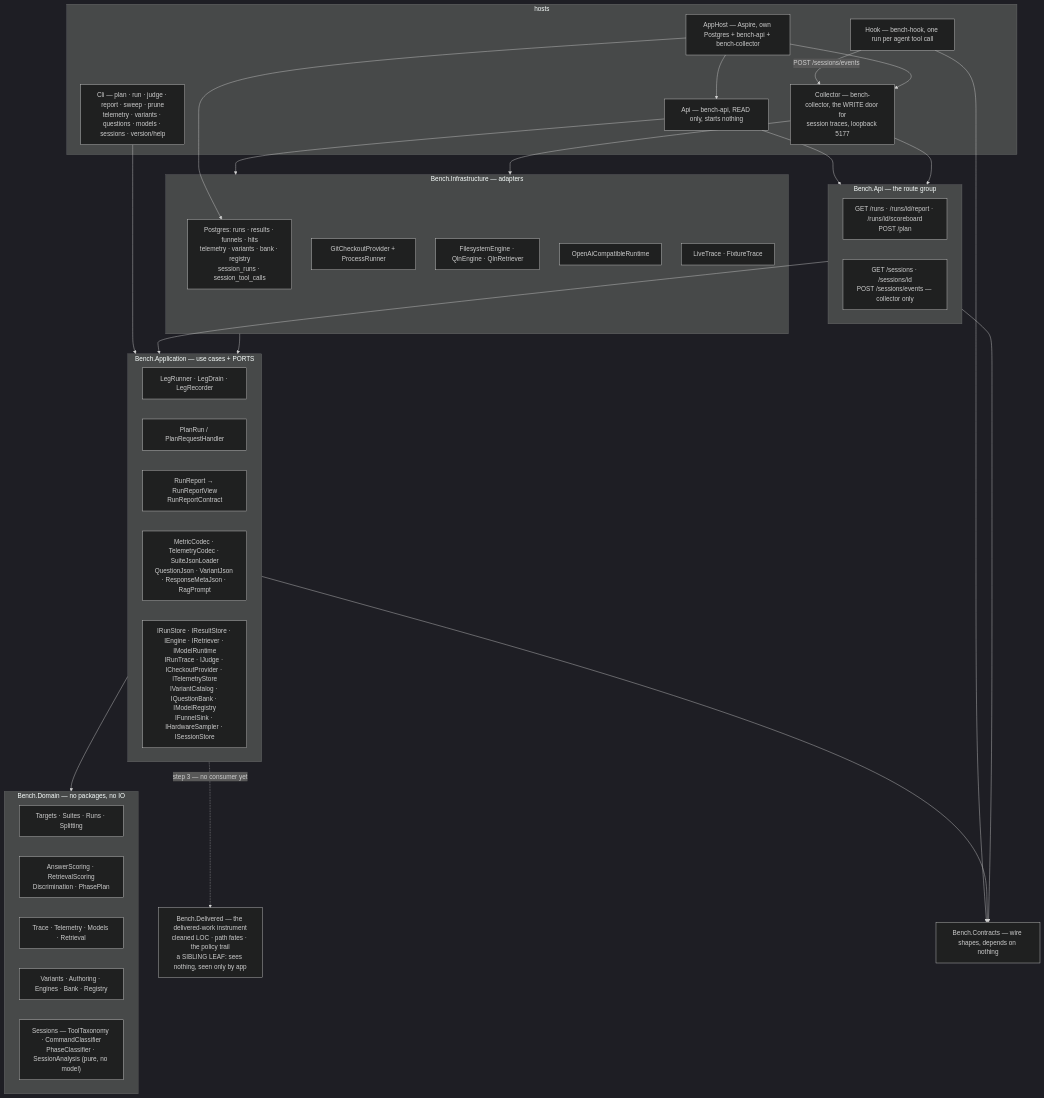
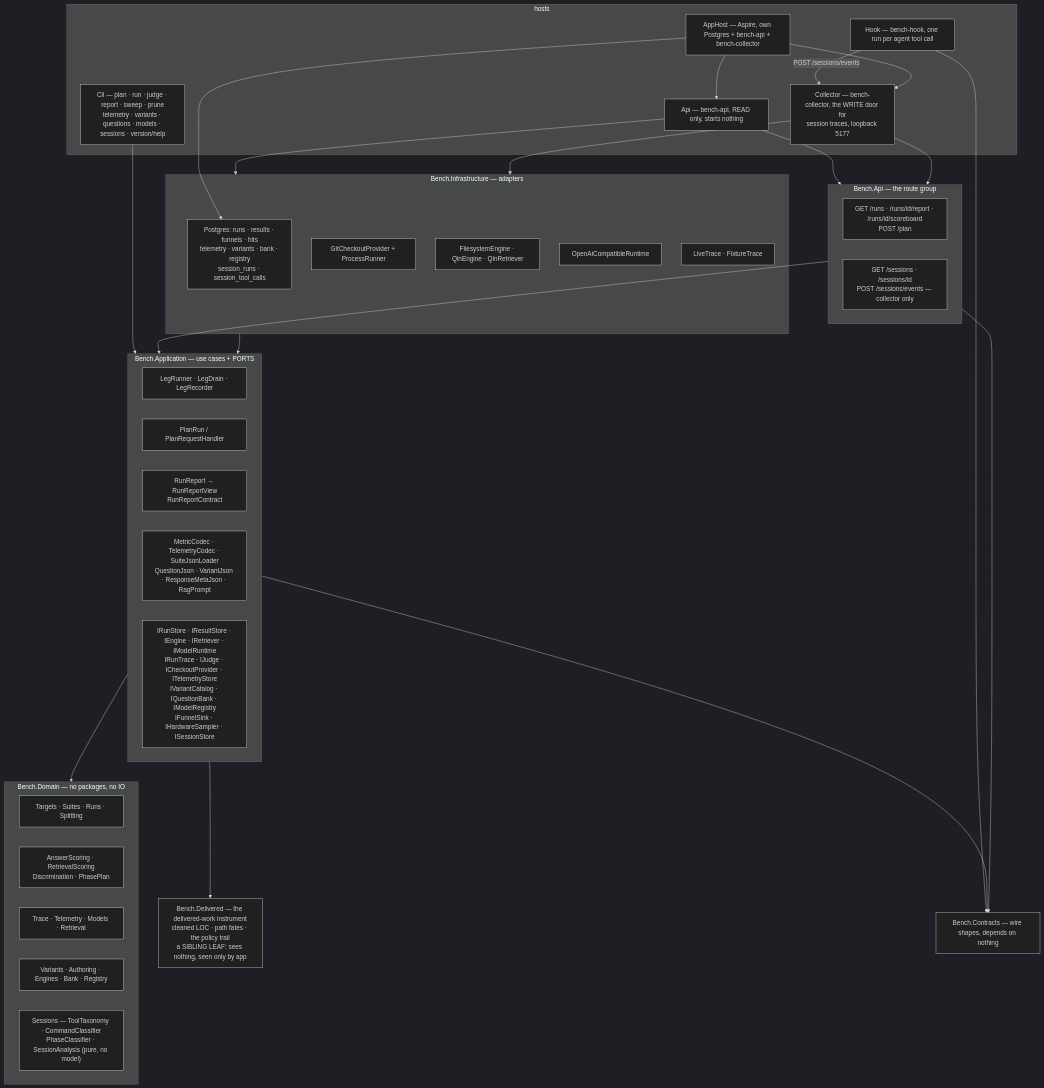
One commit to oleksandrdubyna88/dew_flow_benchmark changed the first of 2 diagrams in research/architecture.md. Above: the diagram before and after it, drawn with Mermaid (dark theme). The commit also changed other lines of this file, not shown here.

First line of the commit message:
docs(bench): the knowledge base gains the delivered-work pipeline

````diff
--- a/research/architecture.md
+++ b/research/architecture.md
@@ -19,54 +19,54 @@
 ```mermaid
 flowchart TB
     subgraph hosts["hosts"]
         cli["Cli — plan · run · judge · report · sweep · prune<br/>telemetry · variants · questions · models · sessions · version/help"]
         apihost["Api — bench-api, READ only, starts nothing"]
         collector["Collector — bench-collector, the WRITE door for<br/>session traces, loopback 5177"]
         hook["Hook — bench-hook, one run per agent tool call"]
         apphost["AppHost — Aspire, own Postgres + bench-api + bench-collector"]
     end
     subgraph api["Bench.Api — the route group"]
         routes["GET /runs · /runs/id/report · /runs/id/scoreboard<br/>POST /plan"]
         sessionroutes["GET /sessions · /sessions/id<br/>POST /sessions/events — collector only"]
     end
     subgraph app["Bench.Application — use cases + PORTS"]
         runner["LegRunner · LegDrain · LegRecorder"]
         plan["PlanRun / PlanRequestHandler"]
         report["RunReport → RunReportView<br/>RunReportContract"]
         codecs["MetricCodec · TelemetryCodec · SuiteJsonLoader<br/>QuestionJson · VariantJson · ResponseMetaJson · RagPrompt"]
         ports["IRunStore · IResultStore · IEngine · IRetriever · IModelRuntime<br/>IRunTrace · IJudge · ICheckoutProvider · ITelemetryStore<br/>IVariantCatalog · IQuestionBank · IModelRegistry<br/>IFunnelSink · IHardwareSampler · ISessionStore"]
     end
     subgraph dom["Bench.Domain — no packages, no IO"]
         contract["Targets · Suites · Runs · Splitting"]
         scoring["AnswerScoring · RetrievalScoring<br/>Discrimination · PhasePlan"]
         obs["Trace · Telemetry · Models · Retrieval"]
         axes["Variants · Authoring · Engines · Bank · Registry"]
         sessions["Sessions — ToolTaxonomy · CommandClassifier<br/>PhaseClassifier · SessionAnalysis (pure, no model)"]
     end
     subgraph infra["Bench.Infrastructure — adapters"]
         pg["Postgres: runs · results · funnels · hits<br/>telemetry · variants · bank · registry<br/>session_runs · session_tool_calls"]
         git["GitCheckoutProvider + ProcessRunner"]
         eng["FilesystemEngine · QlnEngine · QlnRetriever"]
         rt["OpenAiCompatibleRuntime"]
         tr["LiveTrace · FixtureTrace"]
     end
     contracts["Bench.Contracts — wire shapes, depends on nothing"]
     delivered["Bench.Delivered — the delivered-work instrument<br/>cleaned LOC · path fates · the policy trail<br/>a SIBLING LEAF: sees nothing, seen only by app"]
 
     cli --> app
     apihost --> api
     apihost --> infra
     collector --> api
     collector --> infra
     hook -- "POST /sessions/events" --> collector
     api --> app
     apphost --> pg
     apphost --> apihost
     apphost --> collector
     app --> dom
-    app -. "step 3 — no consumer yet" .-> delivered
+    app --> delivered
     infra --> app
     app --> contracts
     api --> contracts
     hook --> contracts
 ```
````
